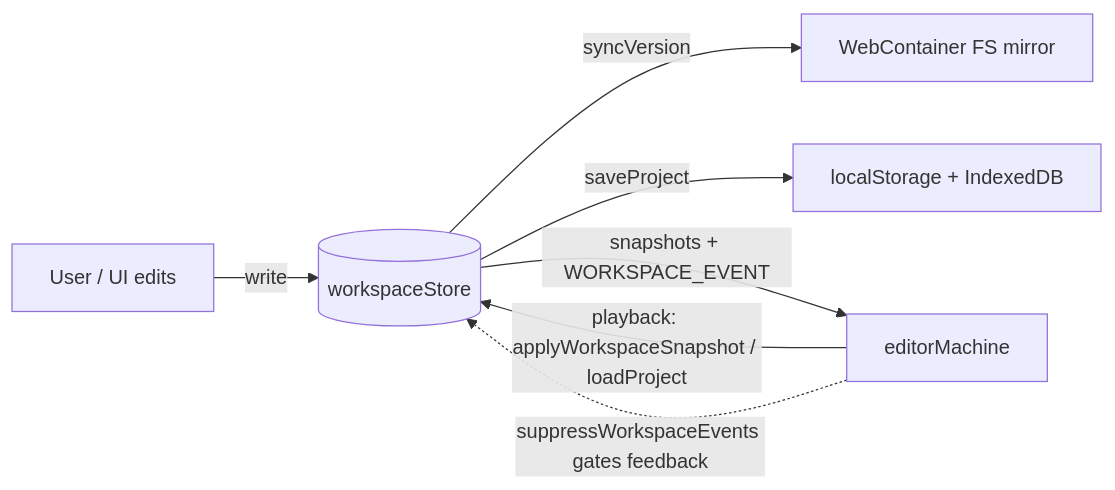
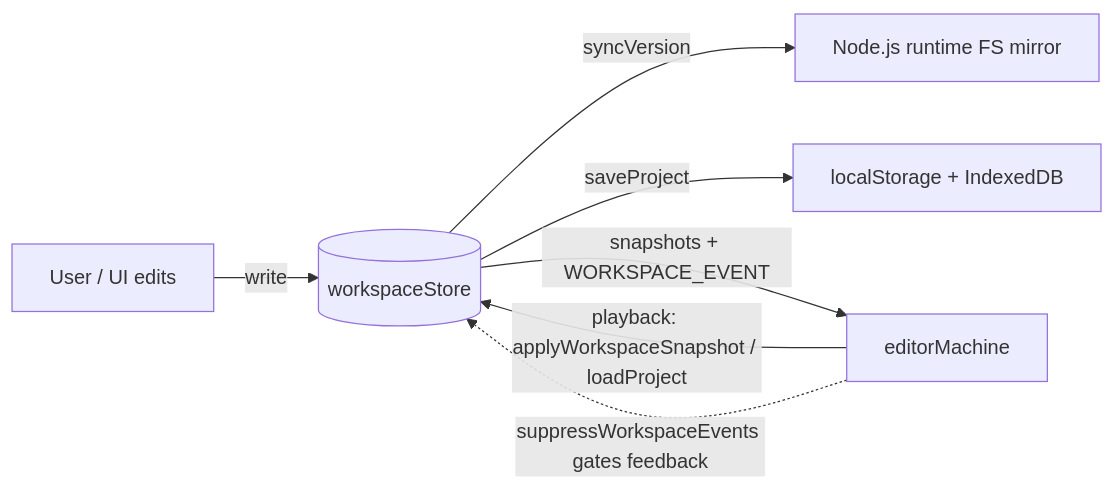
One commit to channyeintun/next-editor changed the first of 4 diagrams in docs/state-machines.md. Above: the diagram before and after it, drawn with Mermaid. The commit also changed other lines of this file and 142 other files, not shown here.

First line of the commit message:
refactor(runtime): name the in-browser Node.js runtime NodeRuntime, not WebContainer

````diff
--- a/docs/state-machines.md
+++ b/docs/state-machines.md
@@ -71,9 +71,9 @@
 ```mermaid
 flowchart LR
     User[User / UI edits] -->|write| Store[(workspaceStore)]
-    Store -->|syncVersion| Container[WebContainer FS mirror]
+    Store -->|syncVersion| Container[Node.js runtime FS mirror]
     Store -->|saveProject| Persist[localStorage + IndexedDB]
     Store -->|snapshots + WORKSPACE_EVENT| Machine[editorMachine]
     Machine -->|playback: applyWorkspaceSnapshot / loadProject| Store
     Machine -.suppressWorkspaceEvents gates feedback.-> Store
 ```
````
